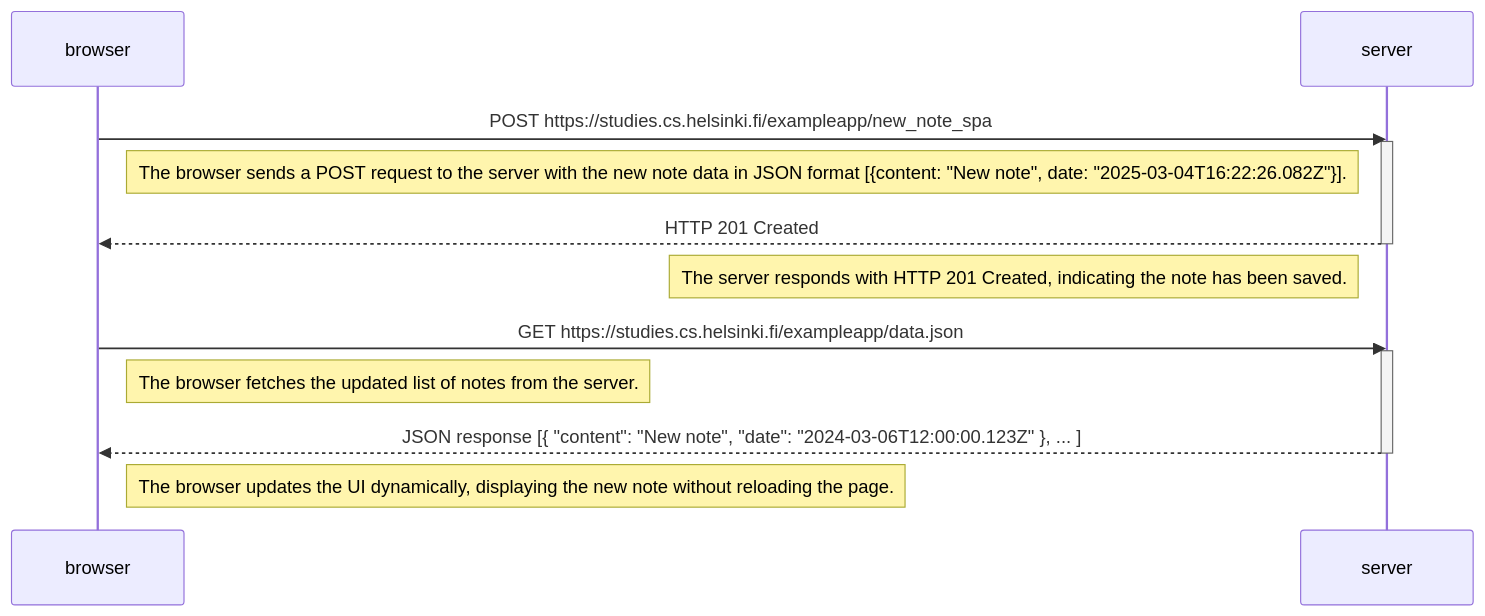
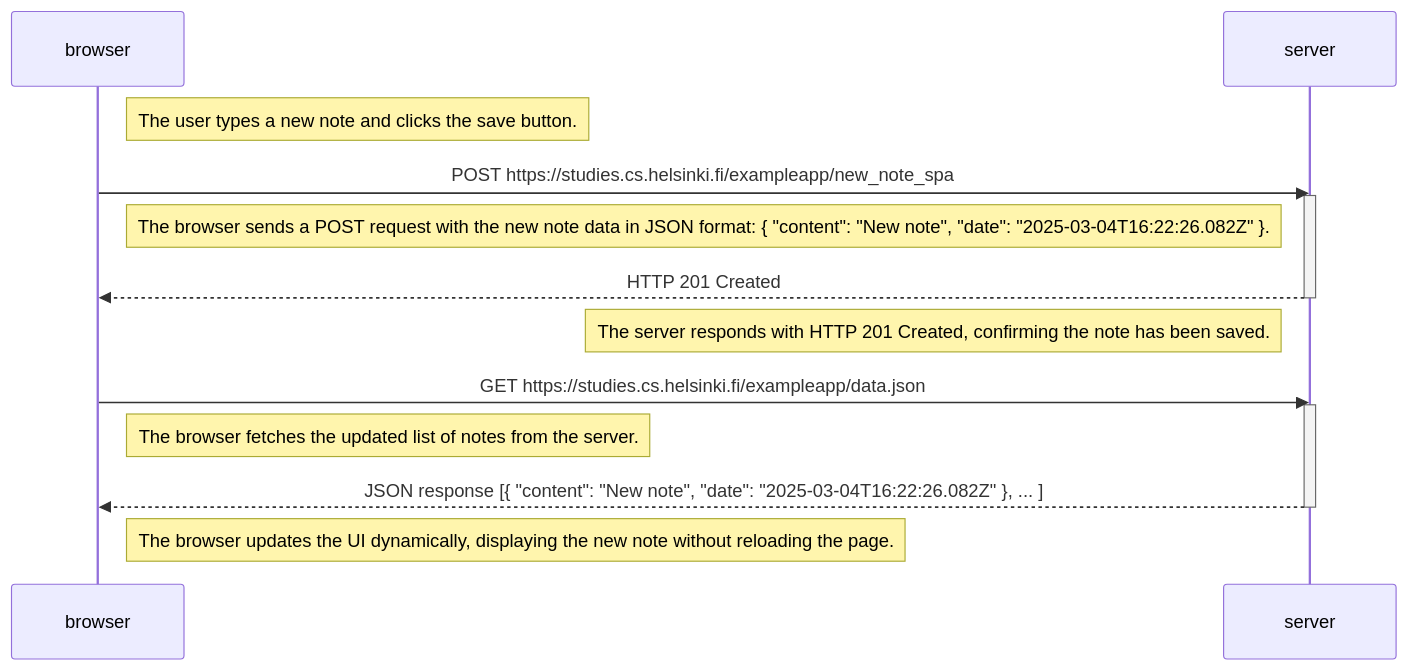
The third of 3 diagrams in osa0/README.md (Maahantuoja/mooc_fullstackopen_palautusrepositorio), drawn with Mermaid before and after one commit. The commit also changed other lines of this file, not shown here.

````diff
--- a/osa0/README.md
+++ b/osa0/README.md
@@ -104,25 +104,27 @@
 ```mermaid
 sequenceDiagram
     participant browser
     participant server
 
+    Note right of browser: The user types a new note and clicks the save button.
+
     browser->>server: POST https://studies.cs.helsinki.fi/exampleapp/new_note_spa
     activate server
 
-    Note right of browser: The browser sends a POST request to the server with the new note data in JSON format [{content: "New note", date: "2025-03-04T16:22:26.082Z"}].
+    Note right of browser: The browser sends a POST request with the new note data in JSON format: { "content": "New note", "date": "2025-03-04T16:22:26.082Z" }.
 
     server-->>browser: HTTP 201 Created
     deactivate server
 
-    Note left of server: The server responds with HTTP 201 Created, indicating the note has been saved.
+    Note left of server: The server responds with HTTP 201 Created, confirming the note has been saved.
 
     browser->>server: GET https://studies.cs.helsinki.fi/exampleapp/data.json
     activate server
 
     Note right of browser: The browser fetches the updated list of notes from the server.
 
-    server-->>browser: JSON response [{ "content": "New note", "date": "2024-03-06T12:00:00.123Z" }, ... ]
+    server-->>browser: JSON response [{ "content": "New note", "date": "2025-03-04T16:22:26.082Z" }, ... ]
     deactivate server    
 
     Note right of browser: The browser updates the UI dynamically, displaying the new note without reloading the page.
 ```
````
